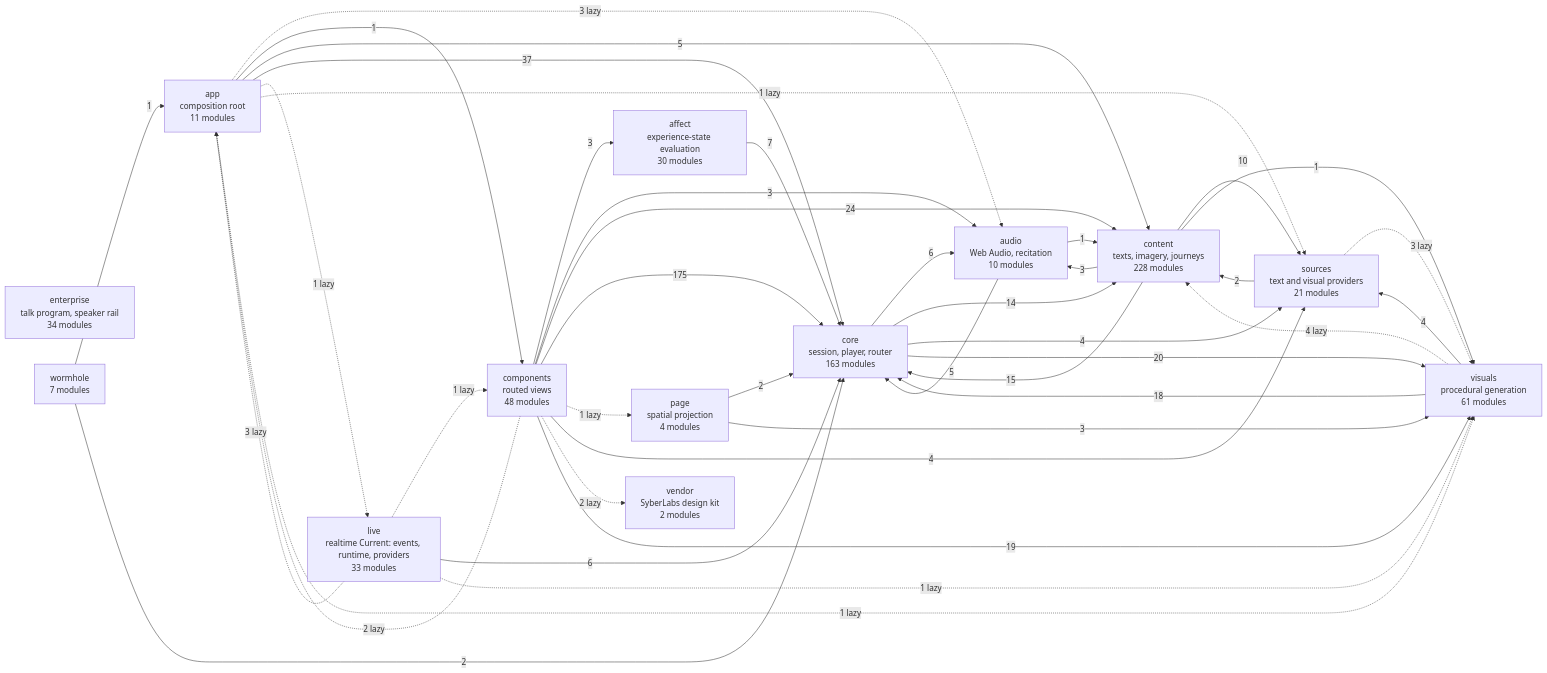
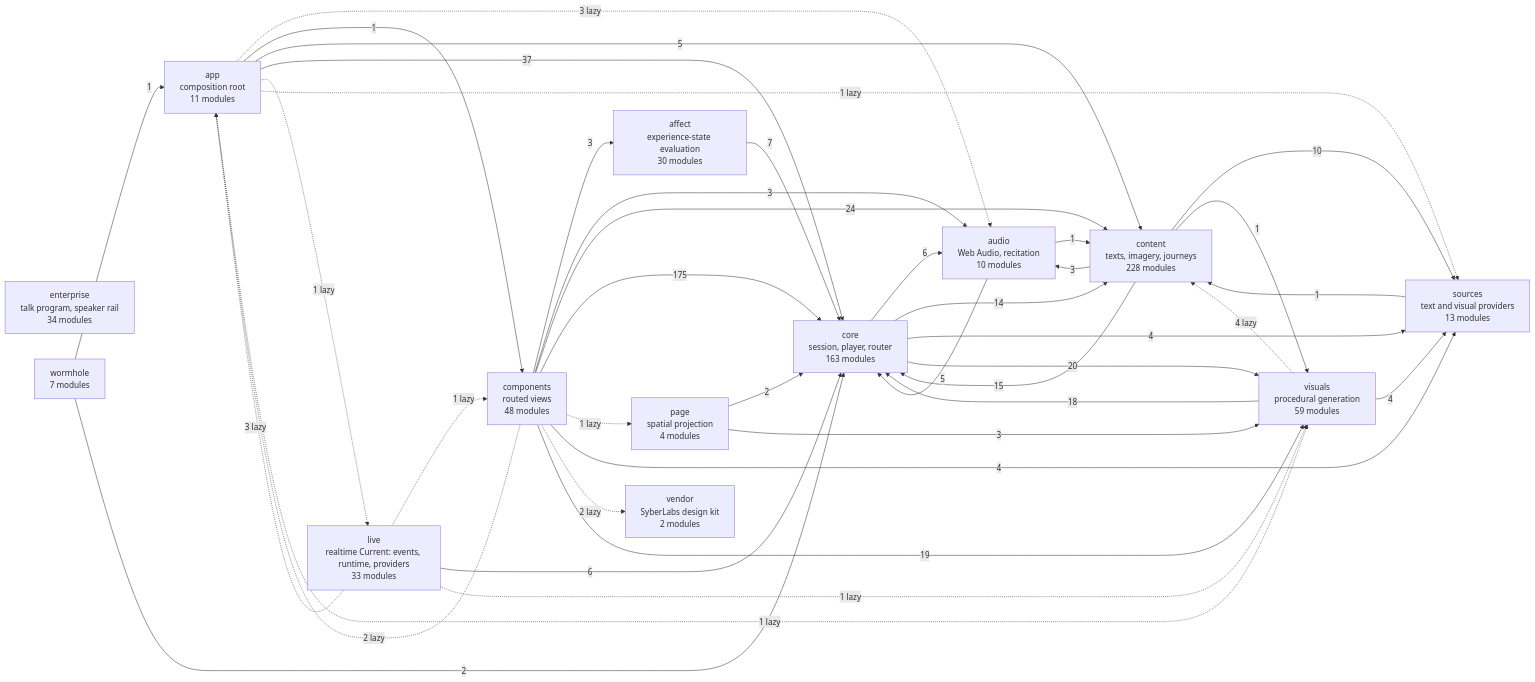
Before and after one commit to SyberLabs/RISE: the diagram in docs/specs/ARCHITECTURE.md, drawn with Mermaid. The commit also changed other lines of this file and 27 other files, not shown here.

````diff
--- a/docs/specs/ARCHITECTURE.md
+++ b/docs/specs/ARCHITECTURE.md
@@ -160,57 +160,56 @@
 ```mermaid
 flowchart LR
     affect["affect<br/>experience-state evaluation<br/>30 modules"]
     app["app<br/>composition root<br/>11 modules"]
     audio["audio<br/>Web Audio, recitation<br/>10 modules"]
     components["components<br/>routed views<br/>48 modules"]
     content["content<br/>texts, imagery, journeys<br/>228 modules"]
     core["core<br/>session, player, router<br/>163 modules"]
     enterprise["enterprise<br/>talk program, speaker rail<br/>34 modules"]
     live["live<br/>realtime Current: events, runtime, providers<br/>33 modules"]
     page["page<br/>spatial projection<br/>4 modules"]
-    sources["sources<br/>text and visual providers<br/>21 modules"]
+    sources["sources<br/>text and visual providers<br/>13 modules"]
     vendor["vendor<br/>SyberLabs design kit<br/>2 modules"]
-    visuals["visuals<br/>procedural generation<br/>61 modules"]
+    visuals["visuals<br/>procedural generation<br/>59 modules"]
     wormhole["wormhole<br/>7 modules"]
 
     affect --> |7| core
     app -.-> |3 lazy| audio
     app --> |1| components
     app --> |5| content
     app --> |37| core
     app -.-> |1 lazy| live
     app -.-> |1 lazy| sources
     app -.-> |1 lazy| visuals
     audio --> |1| content
     audio --> |5| core
     components --> |3| affect
     components -.-> |2 lazy| app
     components --> |3| audio
     components --> |24| content
     components --> |175| core
     components -.-> |1 lazy| page
     components --> |4| sources
     components -.-> |2 lazy| vendor
     components --> |19| visuals
     content --> |3| audio
     content --> |15| core
     content --> |10| sources
     content --> |1| visuals
     core --> |6| audio
     core --> |14| content
     core --> |4| sources
     core --> |20| visuals
     live -.-> |3 lazy| app
     live -.-> |1 lazy| components
     live --> |6| core
     live -.-> |1 lazy| visuals
     page --> |2| core
     page --> |3| visuals
-    sources --> |2| content
-    sources -.-> |3 lazy| visuals
+    sources --> |1| content
     visuals -.-> |4 lazy| content
     visuals --> |18| core
     visuals --> |4| sources
     wormhole --> |1| app
     wormhole --> |2| core
 ```
````
